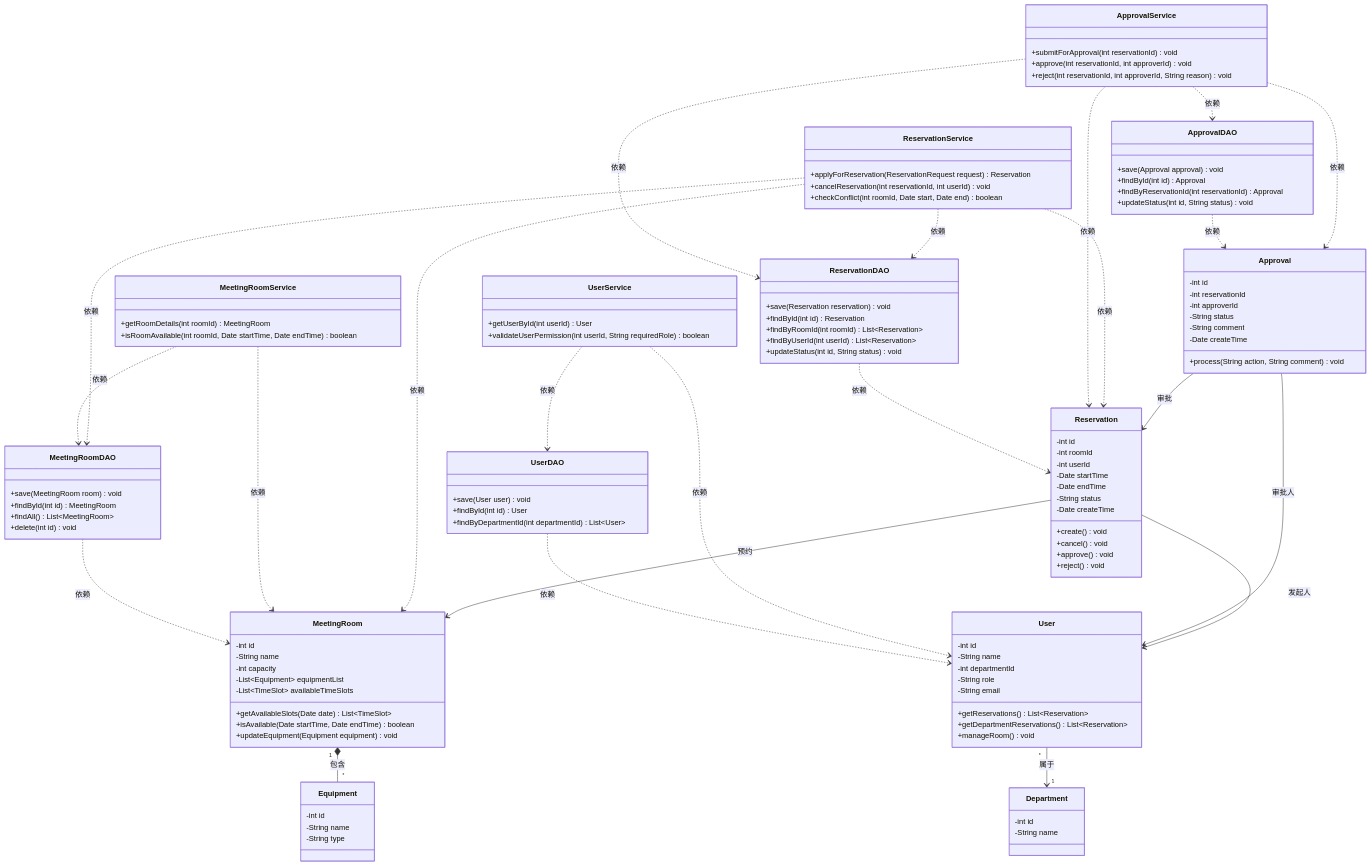
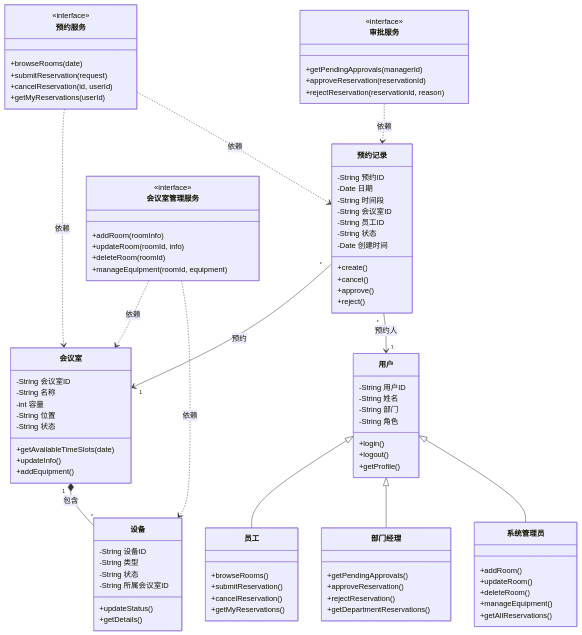
Before and after one commit to YxY09/ReqDesign-Agent: the diagram in benchmark/results/case5_meeting/class_diagram.mmd, drawn with Mermaid. The commit also changed 65 other files, not shown here.

```diff
--- a/benchmark/results/case5_meeting/class_diagram.mmd
+++ b/benchmark/results/case5_meeting/class_diagram.mmd
@@ -1,135 +1,92 @@
 classDiagram
-    class MeetingRoom {
-        -int id
-        -String name
-        -int capacity
-        -List~Equipment~ equipmentList
-        -List~TimeSlot~ availableTimeSlots
-        +getAvailableSlots(Date date) List~TimeSlot~
-        +isAvailable(Date startTime, Date endTime) boolean
-        +updateEquipment(Equipment equipment) void
+    class 用户 {
+        -String 用户ID
+        -String 姓名
+        -String 部门
+        -String 角色
+        +login()
+        +logout()
+        +getProfile()
+    }
+    class 员工 {
+        +browseRooms()
+        +submitReservation()
+        +cancelReservation()
+        +getMyReservations()
+    }
+    class 部门经理 {
+        +getPendingApprovals()
+        +approveReservation()
+        +rejectReservation()
+        +getDepartmentReservations()
+    }
+    class 系统管理员 {
+        +addRoom()
+        +updateRoom()
+        +deleteRoom()
+        +manageEquipment()
+        +getAllReservations()
+    }
+    class 会议室 {
+        -String 会议室ID
+        -String 名称
+        -int 容量
+        -String 位置
+        -String 状态
+        +getAvailableTimeSlots(date)
+        +updateInfo()
+        +addEquipment()
+    }
+    class 设备 {
+        -String 设备ID
+        -String 类型
+        -String 状态
+        -String 所属会议室ID
+        +updateStatus()
+        +getDetails()
+    }
+    class 预约记录 {
+        -String 预约ID
+        -Date 日期
+        -String 时间段
+        -String 会议室ID
+        -String 员工ID
+        -String 状态
+        -Date 创建时间
+        +create()
+        +cancel()
+        +approve()
+        +reject()
+    }
+    class 预约服务 {
+        <<interface>>
+        +browseRooms(date)
+        +submitReservation(request)
+        +cancelReservation(id, userId)
+        +getMyReservations(userId)
+    }
+    class 审批服务 {
+        <<interface>>
+        +getPendingApprovals(managerId)
+        +approveReservation(reservationId)
+        +rejectReservation(reservationId, reason)
+    }
+    class 会议室管理服务 {
+        <<interface>>
+        +addRoom(roomInfo)
+        +updateRoom(roomId, info)
+        +deleteRoom(roomId)
+        +manageEquipment(roomId, equipment)
     }
 
-    class Reservation {
-        -int id
-        -int roomId
-        -int userId
-        -Date startTime
-        -Date endTime
-        -String status
-        -Date createTime
-        +create() void
-        +cancel() void
-        +approve() void
-        +reject() void
-    }
-
-    class User {
-        -int id
-        -String name
-        -int departmentId
-        -String role
-        -String email
-        +getReservations() List~Reservation~
-        +getDepartmentReservations() List~Reservation~
-        +manageRoom() void
-    }
-
-    class Approval {
-        -int id
-        -int reservationId
-        -int approverId
-        -String status
-        -String comment
-        -Date createTime
-        +process(String action, String comment) void
-    }
-
-    class Equipment {
-        -int id
-        -String name
-        -String type
-    }
-
-    class Department {
-        -int id
-        -String name
-    }
-
-    class ReservationService {
-        +applyForReservation(ReservationRequest request) Reservation
-        +cancelReservation(int reservationId, int userId) void
-        +checkConflict(int roomId, Date start, Date end) boolean
-    }
-
-    class ApprovalService {
-        +submitForApproval(int reservationId) void
-        +approve(int reservationId, int approverId) void
-        +reject(int reservationId, int approverId, String reason) void
-    }
-
-    class MeetingRoomService {
-        +getRoomDetails(int roomId) MeetingRoom
-        +isRoomAvailable(int roomId, Date startTime, Date endTime) boolean
-    }
-
-    class UserService {
-        +getUserById(int userId) User
-        +validateUserPermission(int userId, String requiredRole) boolean
-    }
-
-    class MeetingRoomDAO {
-        +save(MeetingRoom room) void
-        +findById(int id) MeetingRoom
-        +findAll() List~MeetingRoom~
-        +delete(int id) void
-    }
-
-    class ReservationDAO {
-        +save(Reservation reservation) void
-        +findById(int id) Reservation
-        +findByRoomId(int roomId) List~Reservation~
-        +findByUserId(int userId) List~Reservation~
-        +updateStatus(int id, String status) void
-    }
-
-    class UserDAO {
-        +save(User user) void
-        +findById(int id) User
-        +findByDepartmentId(int departmentId) List~User~
-    }
-
-    class ApprovalDAO {
-        +save(Approval approval) void
-        +findById(int id) Approval
-        +findByReservationId(int reservationId) Approval
-        +updateStatus(int id, String status) void
-    }
-
-    MeetingRoom "1" *-- "*" Equipment : 包含
-    User "*" --> "1" Department : 属于
-    Reservation --> MeetingRoom : 预约
-    Reservation --> User : 发起人
-    Approval --> Reservation : 审批
-    Approval --> User : 审批人
-
-    ReservationService ..> MeetingRoom : 依赖
-    ReservationService ..> Reservation : 依赖
-    ReservationService ..> MeetingRoomDAO : 依赖
-    ReservationService ..> ReservationDAO : 依赖
-
-    ApprovalService ..> Approval : 依赖
-    ApprovalService ..> Reservation : 依赖
-    ApprovalService ..> ApprovalDAO : 依赖
-    ApprovalService ..> ReservationDAO : 依赖
-
-    MeetingRoomService ..> MeetingRoom : 依赖
-    MeetingRoomService ..> MeetingRoomDAO : 依赖
-
-    UserService ..> User : 依赖
-    UserService ..> UserDAO : 依赖
-
-    MeetingRoomDAO ..> MeetingRoom : 依赖
-    ReservationDAO ..> Reservation : 依赖
-    UserDAO ..> User : 依赖
-    ApprovalDAO ..> Approval : 依赖
+    用户 <|-- 员工
+    用户 <|-- 部门经理
+    用户 <|-- 系统管理员
+    会议室 "1" *-- "*" 设备 : 包含
+    预约记录 "*" --> "1" 会议室 : 预约
+    预约记录 "*" --> "1" 用户 : 预约人
+    预约服务 ..> 会议室 : 依赖
+    预约服务 ..> 预约记录 : 依赖
+    审批服务 ..> 预约记录 : 依赖
+    会议室管理服务 ..> 会议室 : 依赖
+    会议室管理服务 ..> 设备 : 依赖
```
